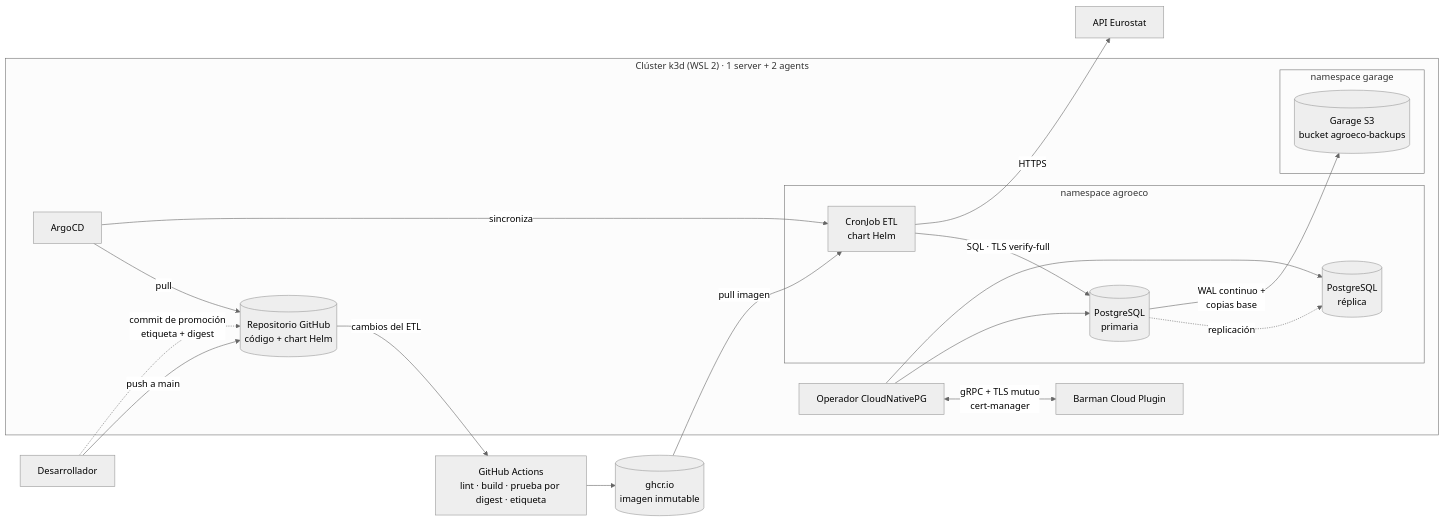
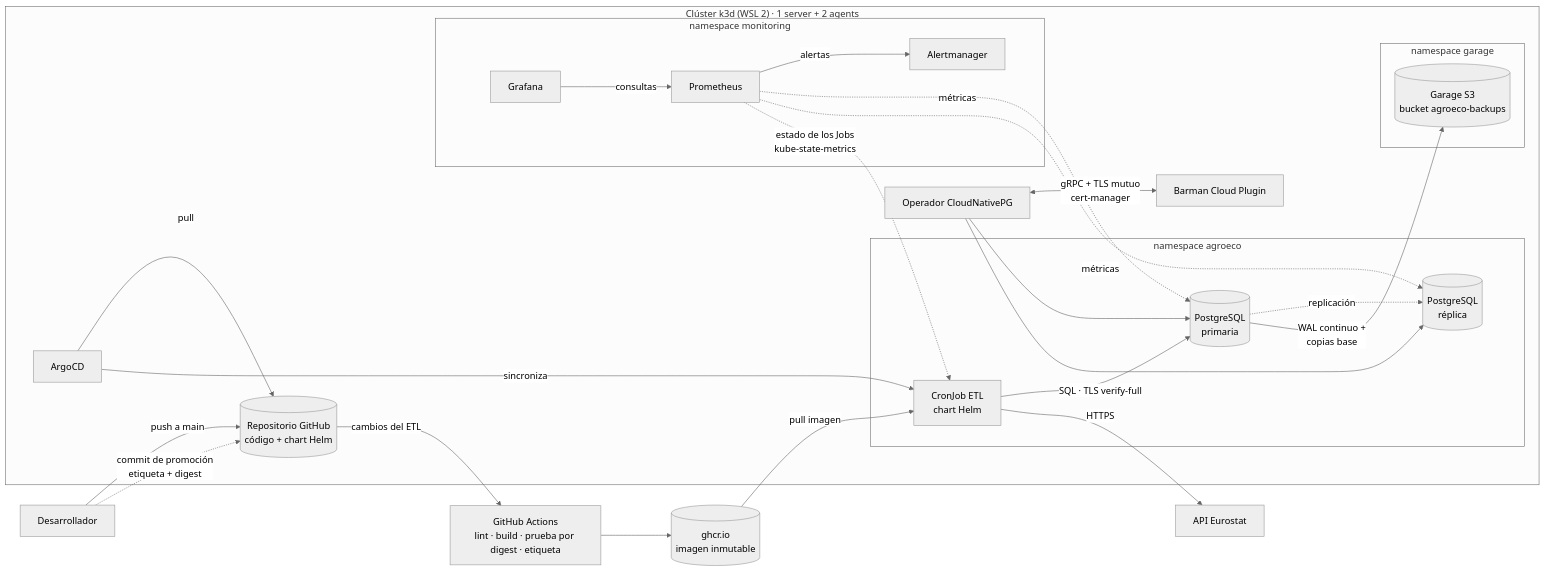
Before and after one commit to SamAnaya11/Agroeco-EU_K8s-Platform: the diagram in README.md, drawn with Mermaid (neutral theme). The commit also changed other lines of this file and 3 other files, not shown here.

````diff
--- a/README.md
+++ b/README.md
@@ -25,26 +25,33 @@
 ```mermaid
 flowchart LR
     dev[Desarrollador] -->|push a main| repo[(Repositorio GitHub<br/>código + chart Helm)]
     repo -->|cambios del ETL| gha[GitHub Actions<br/>lint · build · prueba por digest · etiqueta]
     gha --> ghcr[(ghcr.io<br/>imagen inmutable)]
     dev -.->|commit de promoción<br/>etiqueta + digest| repo
 
     subgraph k3d["Clúster k3d (WSL 2) · 1 server + 2 agents"]
         argo[ArgoCD] -->|pull| repo
         argo -->|sincroniza| chart
         subgraph ns["namespace agroeco"]
             chart[CronJob ETL<br/>chart Helm] -->|SQL · TLS verify-full| pg1[(PostgreSQL<br/>primaria)]
             pg1 -.replicación.-> pg2[(PostgreSQL<br/>réplica)]
         end
         cnpg[Operador CloudNativePG] --> pg1
         cnpg --> pg2
         cnpg <-->|gRPC + TLS mutuo<br/>cert-manager| plugin[Barman Cloud Plugin]
         subgraph nsg["namespace garage"]
             garage[(Garage S3<br/>bucket agroeco-backups)]
         end
         pg1 -->|WAL continuo +<br/>copias base| garage
+        subgraph nsm["namespace monitoring"]
+            prom[Prometheus] -->|alertas| am[Alertmanager]
+            graf[Grafana] -->|consultas| prom
+        end
+        prom -.->|métricas| pg1
+        prom -.->|métricas| pg2
+        prom -.->|estado de los Jobs<br/>kube-state-metrics| chart
     end
 
     chart -->|HTTPS| eurostat[API Eurostat]
     ghcr -->|pull imagen| chart
 ```
````
